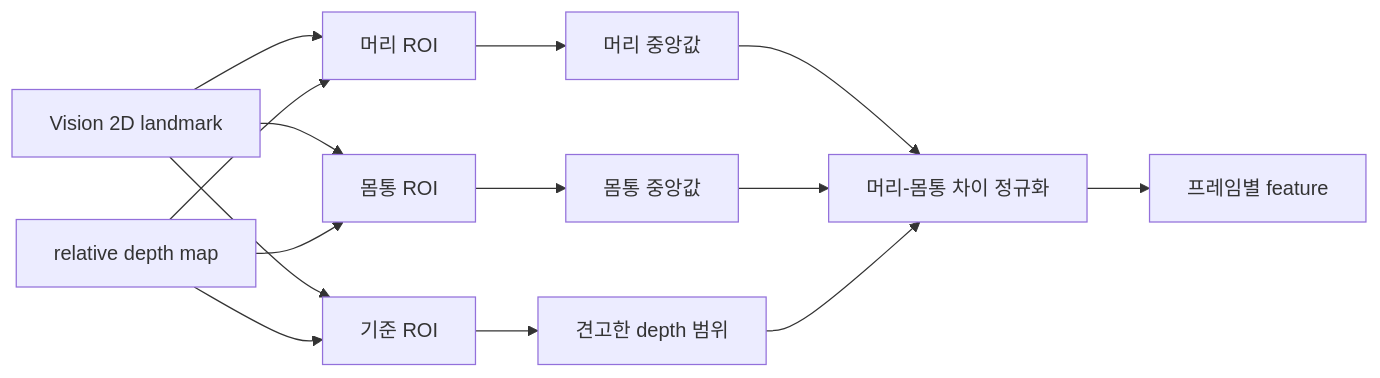
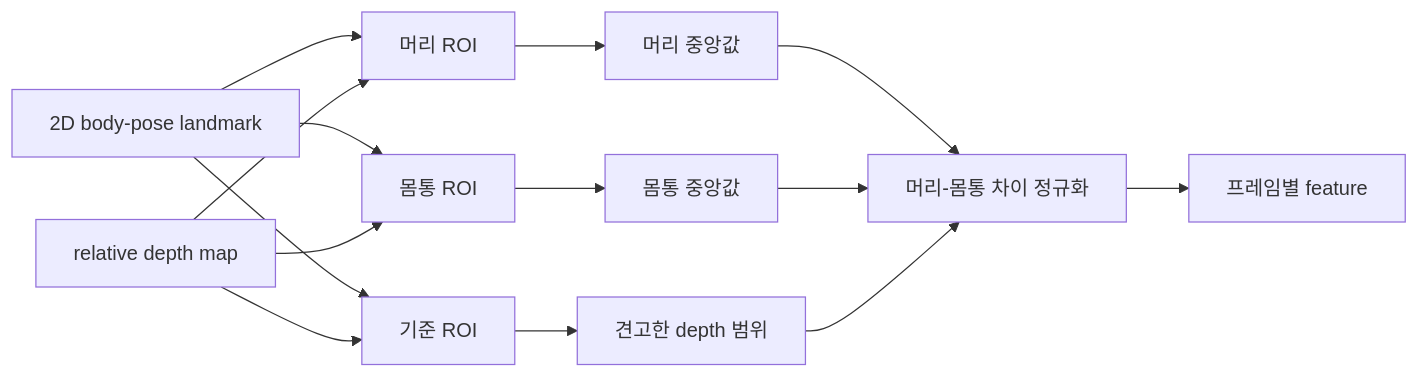
One commit to kimchanhyung98/turtlemeck changed the second of 4 diagrams in docs/algorithm/posture-analysis-workflow.md. Above: the diagram before and after it, drawn with Mermaid. The commit also changed other lines of this file and 37 other files, not shown here.

````diff
--- a/docs/algorithm/posture-analysis-workflow.md
+++ b/docs/algorithm/posture-analysis-workflow.md
@@ -201,16 +201,16 @@
 ```mermaid
 flowchart LR
-    LANDMARK["Vision 2D landmark"] --> HEAD["머리 ROI"]
+    LANDMARK["2D body-pose landmark"] --> HEAD["머리 ROI"]
     LANDMARK --> TORSO["몸통 ROI"]
     LANDMARK --> REF["기준 ROI"]
     DEPTH["relative depth map"] --> HEAD
     DEPTH --> TORSO
     DEPTH --> REF
     HEAD --> HM["머리 중앙값"]
     TORSO --> TM["몸통 중앙값"]
     REF --> SCALE["견고한 depth 범위"]
     HM --> NORMALIZE["머리-몸통 차이 정규화"]
     TM --> NORMALIZE
     SCALE --> NORMALIZE
     NORMALIZE --> FEATURE["프레임별 feature"]
 ```
````
